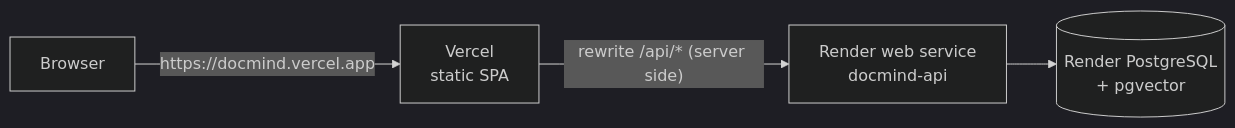
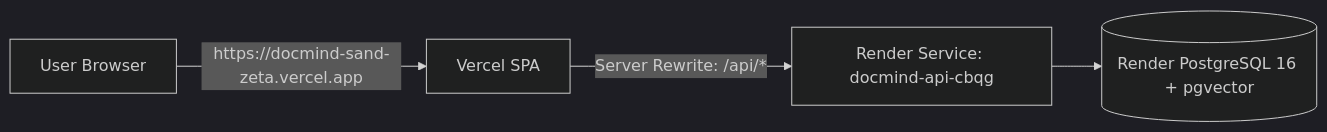
The fifth of 5 diagrams in README.md (sahamon-141/docmind), drawn with Mermaid (dark theme) before and after one commit. The commit also changed other lines of this file and 4 other files, not shown here.

````diff
--- a/README.md
+++ b/README.md
@@ -417,6 +456,6 @@
 ```mermaid
 flowchart LR
-    B[Browser] -->|"https://docmind.vercel.app"| V[Vercel<br/>static SPA]
-    V -->|"rewrite /api/* (server side)"| R[Render web service<br/>docmind-api]
-    R --> D[(Render PostgreSQL<br/>+ pgvector)]
+    B[User Browser] -->|"https://docmind-sand-zeta.vercel.app"| V[Vercel SPA]
+    V -->|"Server Rewrite: /api/*"| R[Render Service: docmind-api-cbqg]
+    R --> D[(Render PostgreSQL 16 + pgvector)]
 ```
````
